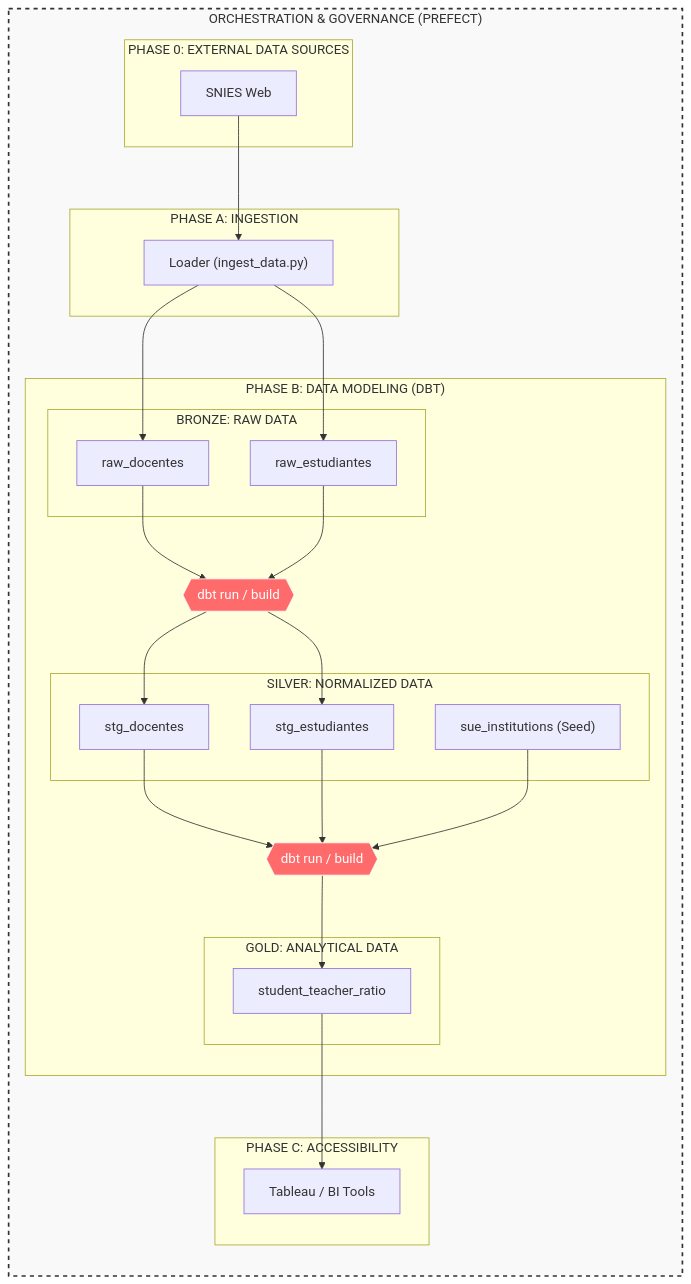
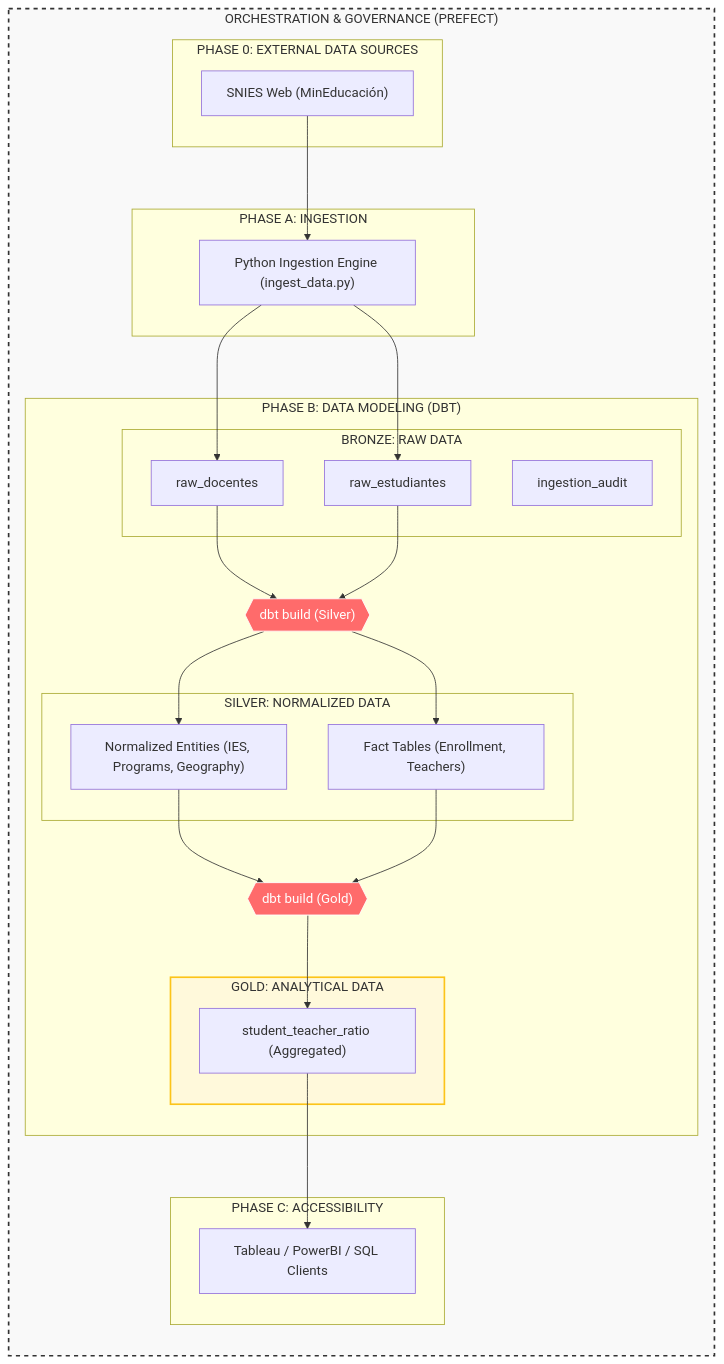
One commit to dicrojasch/snies-challenge changed the diagram in README.md. Above: the diagram before and after it, drawn with Mermaid. The commit also changed other lines of this file, not shown here.

````diff
--- a/README.md
+++ b/README.md
@@ -9,60 +58,59 @@
 ```mermaid
 graph TD
     %% Orchestration Layer
     subgraph Orchestration ["ORCHESTRATION & GOVERNANCE (PREFECT)"]
         direction TB
         
         subgraph External_Sources ["PHASE 0: EXTERNAL DATA SOURCES"]
-            Web2023["SNIES Web"]
+            Web2023["SNIES Web (MinEducación)"]
         end
 
         subgraph Phase_A ["PHASE A: INGESTION"]
-            Loader["Loader (ingest_data.py)"]
+            Loader["Python Ingestion Engine (ingest_data.py)"]
         end
 
         subgraph Phase_B ["PHASE B: DATA MODELING (DBT)"]
             
             subgraph Bronze_Layer ["BRONZE: RAW DATA"]
                 table_docentes["raw_docentes"]
                 table_estudiantes["raw_estudiantes"]
+                audit_table["ingestion_audit"]
             end
 
-            dbt_transform_silver{{"dbt run / build"}}
+            dbt_transform_silver{{"dbt build (Silver)"}}
 
             subgraph Silver_Layer ["SILVER: NORMALIZED DATA"]
-                stg_docentes["stg_docentes"]
-                stg_estudiantes["stg_estudiantes"]
-                sue_seed["sue_institutions (Seed)"]
+                stg_dim["Normalized Entities (IES, Programs, Geography)"]
+                stg_facts["Fact Tables (Enrollment, Teachers)"]
             end
 
-            dbt_transform_gold{{"dbt run / build"}}
+            dbt_transform_gold{{"dbt build (Gold)"}}
 
             subgraph Gold_Layer ["GOLD: ANALYTICAL DATA"]
-                final_metrics["student_teacher_ratio"]
+                final_metrics["student_teacher_ratio (Aggregated)"]
             end
         end
 
         subgraph Consumption ["PHASE C: ACCESSIBILITY"]
-            BI["Tableau / BI Tools"]
+            BI["Tableau / PowerBI / SQL Clients"]
         end
     end
 
-    %% Data Flow & Orchestration Links
+    %% Data Flow
     Web2023 --> Loader
-    Loader --> table_docentes
-    Loader --> table_estudiantes
-
-    %% DBT Transitions
+    Loader --> table_docentes & table_estudiantes
+    
     table_docentes & table_estudiantes --> dbt_transform_silver
-    dbt_transform_silver --> stg_docentes & stg_estudiantes
+    dbt_transform_silver --> stg_dim & stg_facts
     
-    stg_docentes & stg_estudiantes & sue_seed --> dbt_transform_gold
+    stg_dim & stg_facts --> dbt_transform_gold
     dbt_transform_gold --> final_metrics
 
     final_metrics --> BI
 
     %% Styling
     style Orchestration fill:#f9f9f9,stroke:#333,stroke-width:2px,stroke-dasharray: 5 5
     style dbt_transform_silver fill:#ff6b6b,stroke:#fff,color:#fff
     style dbt_transform_gold fill:#ff6b6b,stroke:#fff,color:#fff
+    style Gold_Layer fill:#fff9db,stroke:#fcc419,stroke-width:2px
 ```
````
